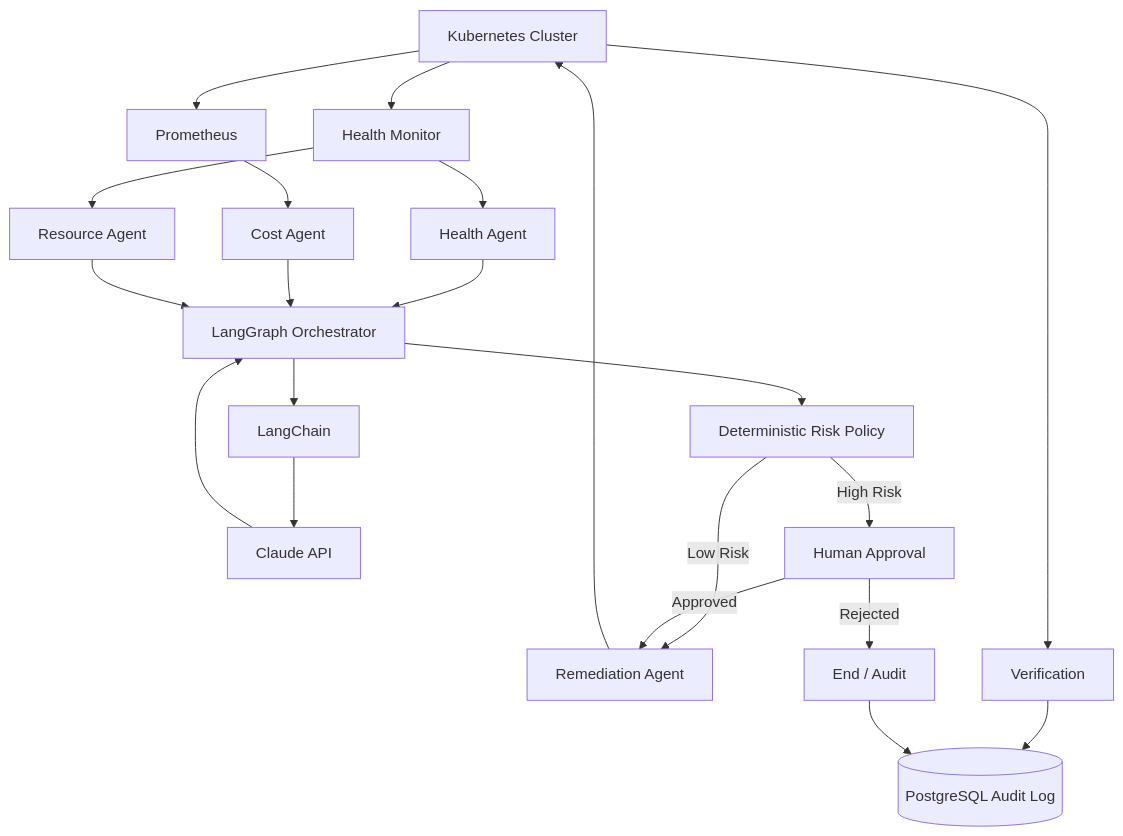
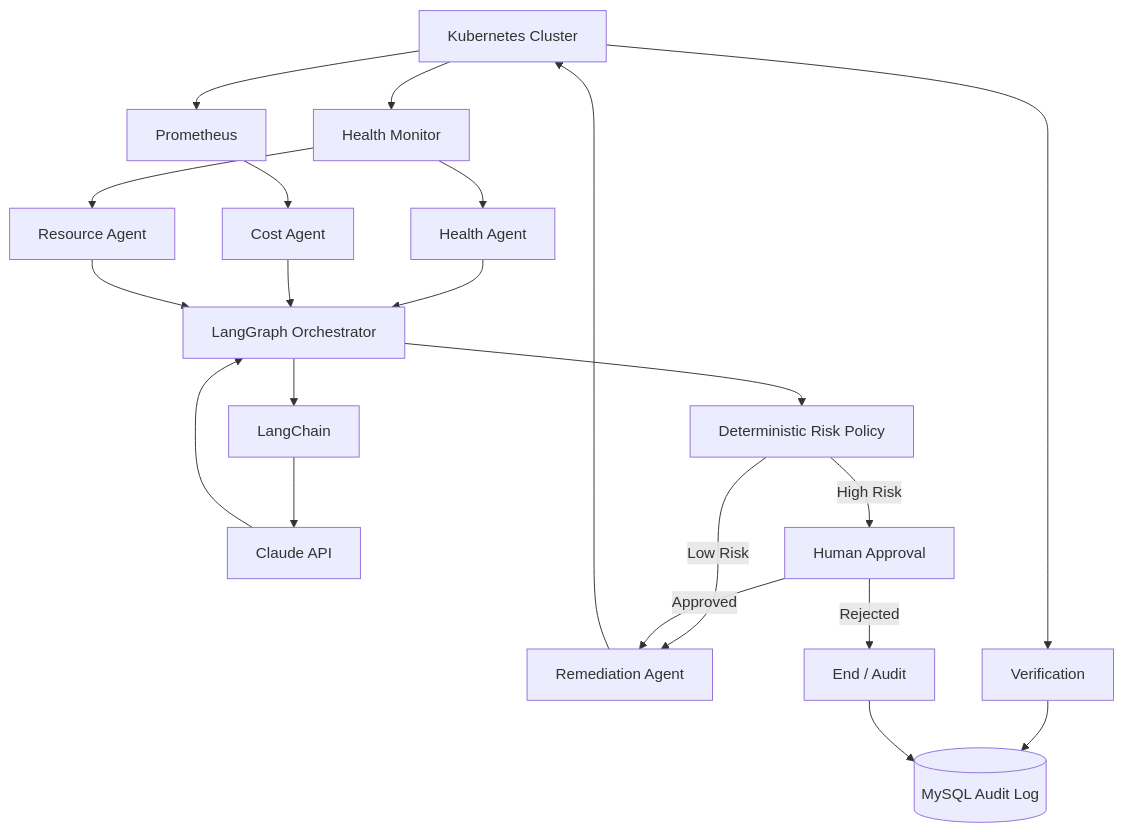
Before and after one commit to AshaSaini-033/K8s-cost-optimization2: the first of 4 diagrams in kubernetes-cost-optimization/Readme.md, drawn with Mermaid. The commit also changed other lines of this file, not shown here.

Commit message:
Update documentation from PostgreSQL to MySQL

````diff
--- a/kubernetes-cost-optimization/Readme.md
+++ b/kubernetes-cost-optimization/Readme.md
@@ -17,23 +17,23 @@
 ```mermaid
 flowchart TD
     K[Kubernetes Cluster] --> H[Health Monitor]
     K --> P[Prometheus]
     H --> HA[Health Agent]
     P --> CA[Cost Agent]
     H --> RA[Resource Agent]
     HA --> G[LangGraph Orchestrator]
     CA --> G
     RA --> G
     G --> LC[LangChain]
     LC --> C[Claude API]
     C --> G
     G --> R[Deterministic Risk Policy]
     R -->|Low Risk| X[Remediation Agent]
     R -->|High Risk| A[Human Approval]
     A -->|Approved| X
     A -->|Rejected| E[End / Audit]
     X --> K
     K --> V[Verification]
-    V --> D[(PostgreSQL Audit Log)]
+    V --> D[(MySQL Audit Log)]
     E --> D
 ```
````
